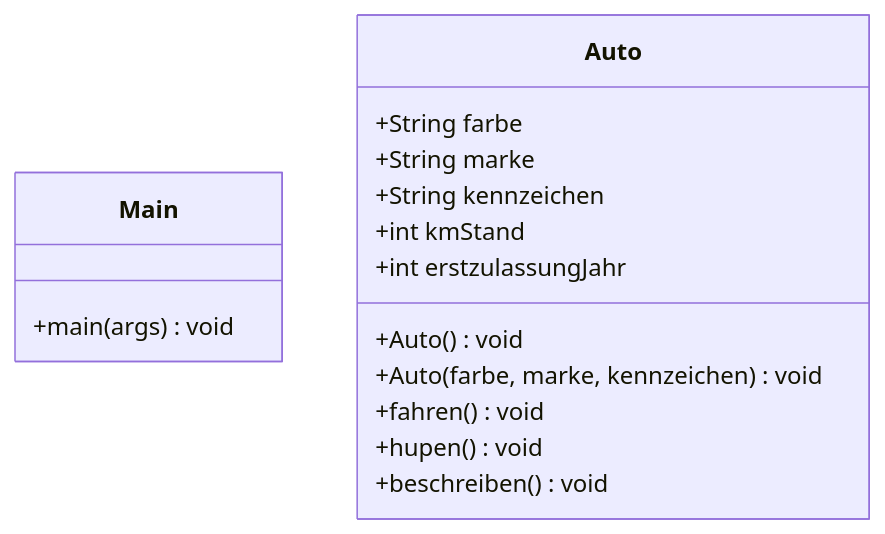
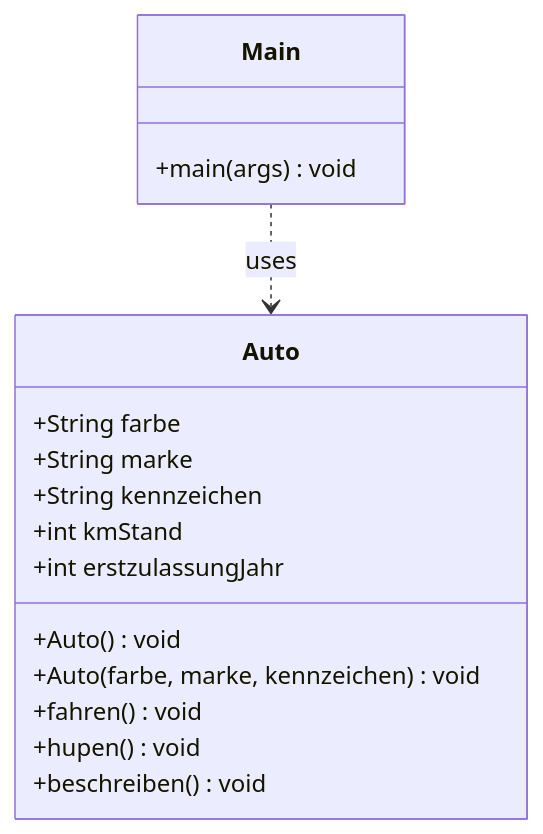
Before and after one commit to philippst/java-dev: the diagram in oop-v2/README.md, drawn with Mermaid. The commit also changed 11 other files, not shown here.

````diff
--- a/oop-v2/README.md
+++ b/oop-v2/README.md
@@ -14,18 +14,19 @@
 ```mermaid
 classDiagram
     class Main{
         +main(args) void
     }
     class Auto{
         +String farbe
         +String marke
         +String kennzeichen
         +int kmStand
         +int erstzulassungJahr
         +Auto() void
         +Auto(farbe, marke, kennzeichen) void
         +fahren() void
         +hupen() void
         +beschreiben() void
     }
+    Main ..> Auto: uses
 ```
````
